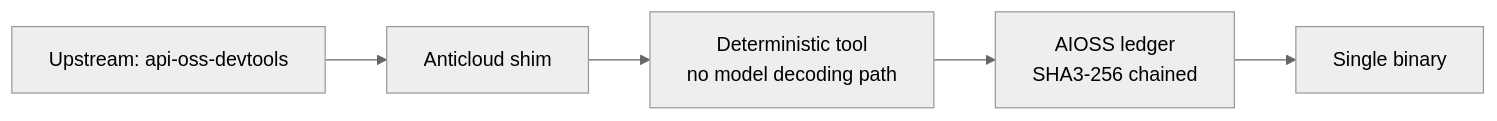
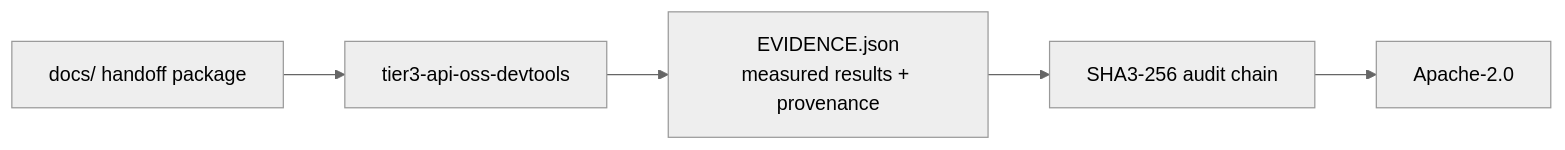
Before and after one commit to the-anticloud/tier3-api-oss-devtools: the diagram in README.md, drawn with Mermaid (neutral theme). The commit also changed other lines of this file and 10 other files, not shown here.

````diff
--- a/README.md
+++ b/README.md
@@ -11,7 +22,7 @@
 ```mermaid
 graph LR
-    U[Upstream: api-oss-devtools] --> S[Anticloud shim]
-    S --> T[Deterministic tool<br/>no model decoding path]
-    T --> A[AIOSS ledger<br/>SHA3-256 chained]
-    A --> B[Single binary]
+    D[docs/ handoff package] --> R[tier3-api-oss-devtools]
+    R --> E[EVIDENCE.json\nmeasured results + provenance]
+    E --> A[SHA3-256 audit chain]
+    A --> L[Apache-2.0]
 ```
````
